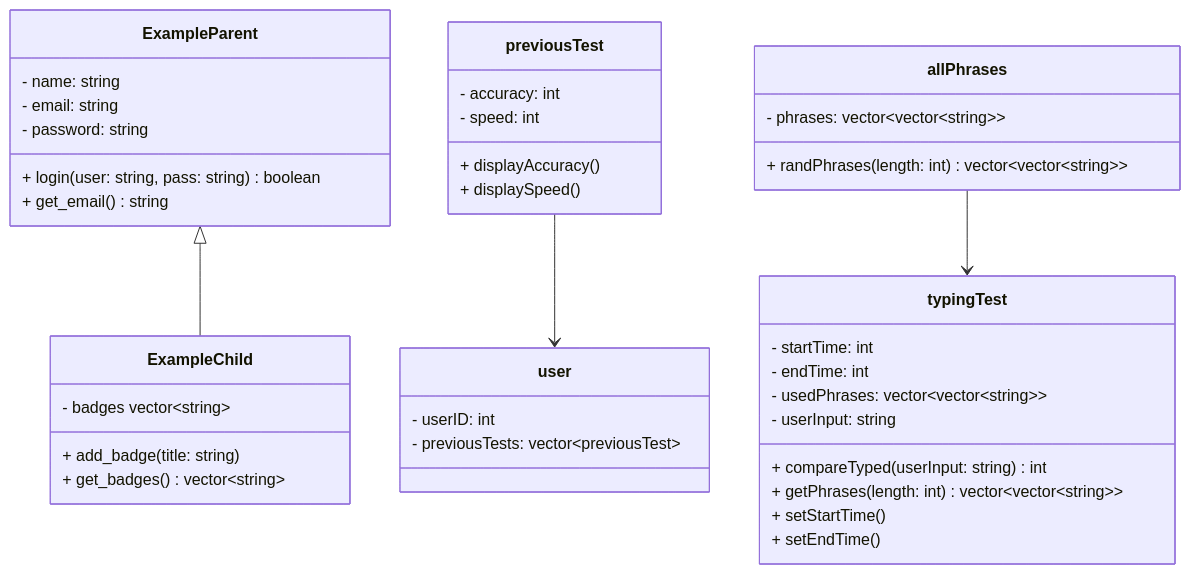
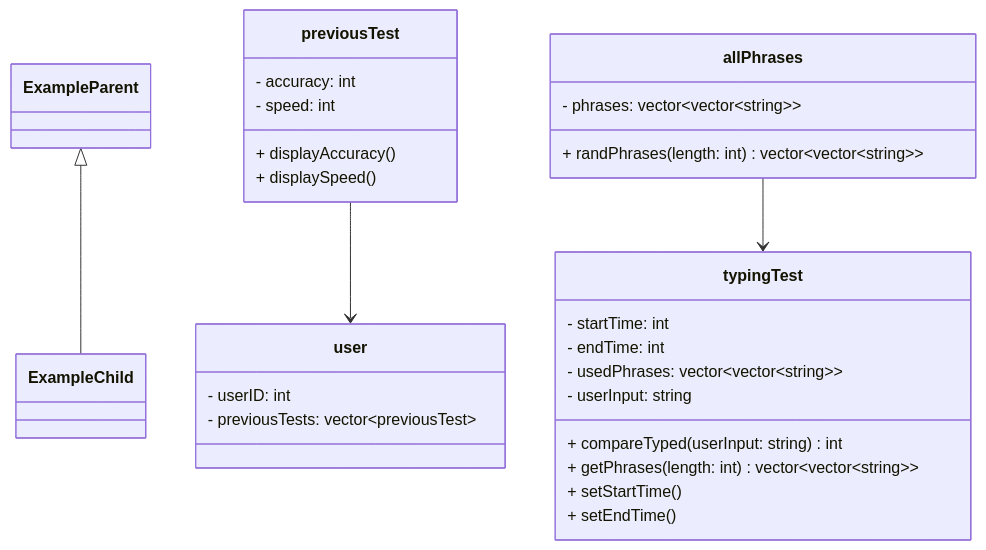
One commit to ImagenL/tippitytappity-design changed the diagram in README.md. Above: the diagram before and after it, drawn with Mermaid.

````diff
--- a/README.md
+++ b/README.md
@@ -8,45 +8,32 @@
 ```mermaid
 classDiagram
   ExampleParent <|-- ExampleChild
   previousTest --> user
   allPhrases --> typingTest
-  class ExampleParent{
-        - name: string
-        - email: string
-        - password: string
-        + login(user: string, pass: string) boolean
-        + get_email() string
-  }
-  class ExampleChild{
-        - badges vector~string~
-        + add_badge(title: string)
-        + get_badges() vector~string~
-  }
-
   class allPhrases{
         - phrases: vector~vector~string~~
         + randPhrases(length: int) vector~vector~string~~
   }
   class typingTest{
       - startTime: int
       - endTime: int
       - usedPhrases: vector~vector~string~~
       - userInput: string
       + compareTyped(userInput: string) int
       + getPhrases(length: int) vector~vector~string~~
       + setStartTime()
       + setEndTime()
   }
   class previousTest{
       - accuracy: int
       - speed: int
       + displayAccuracy()
       + displaySpeed()
   }
   class user{
       - userID: int
       - previousTests: vector~previousTest~
 
   }
 
 ```
````
